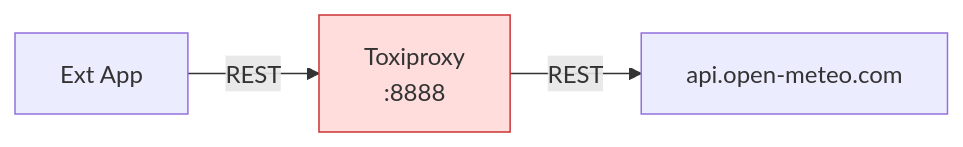
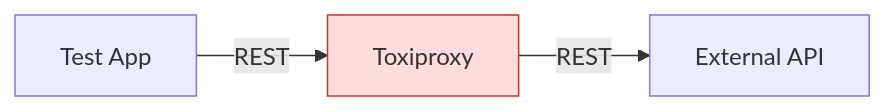
The fourth of 4 diagrams in docs/supplementary/BLOG.adoc (quarkiverse/quarkus-telemetry-ai), drawn with Mermaid before and after one commit. The commit also changed other lines of this file and 5 other files, not shown here.

Commit message:
Update docs to use Mermaid. Remove proxy, app from docs and blog.

```diff
--- a/docs/supplementary/BLOG.adoc
+++ b/docs/supplementary/BLOG.adoc
@@ -265,7 +252,7 @@
 [mermaid]
 ....
 flowchart LR
-App[Ext App] -->|REST| Toxi[Toxiproxy\n:8888]
-Toxi -->|REST| API[api.open-meteo.com]
+App[Test App] -->|REST| Toxi[Toxiproxy]
+Toxi -->|REST| API[External API]
 style Toxi fill:#fdd,stroke:#c33
 ....
```
